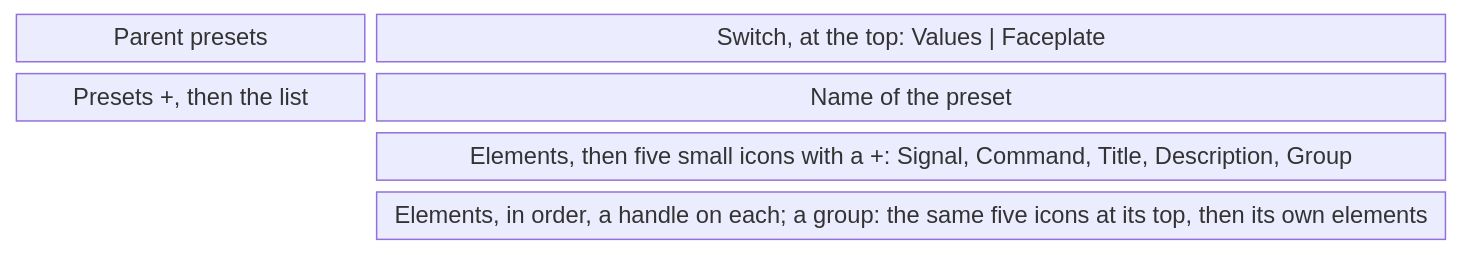
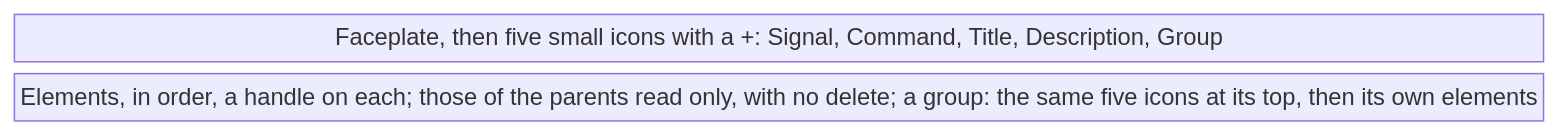
One commit to AlexandreGallais/synoptic-studio-spec changed diagram 12 of 17 in screens/metadata.md. Above: the diagram before and after it, drawn with Mermaid. The commit also changed other lines of this file and 81 other files, not shown here.

First line of the commit message:
docs(metadata): remove presets, add signal settings and faceplate parts

````diff
--- a/screens/metadata.md
+++ b/screens/metadata.md
@@ -361,8 +403,6 @@
 ```mermaid
 block-beta
-    columns 4
-    parents["Parent presets"] sw["Switch, at the top: Values | Faceplate"]:3
-    list["Presets +, then the list"] name["Name of the preset"]:3
-    space add["Elements, then five small icons with a +: Signal, Command, Title, Description, Group"]:3
-    space items["Elements, in order, a handle on each; a group: the same five icons at its top, then its own elements"]:3
+    columns 1
+    add["Faceplate, then five small icons with a +: Signal, Command, Title, Description, Group"]
+    items["Elements, in order, a handle on each; those of the parents read only, with no delete; a group: the same five icons at its top, then its own elements"]
 ```
````
